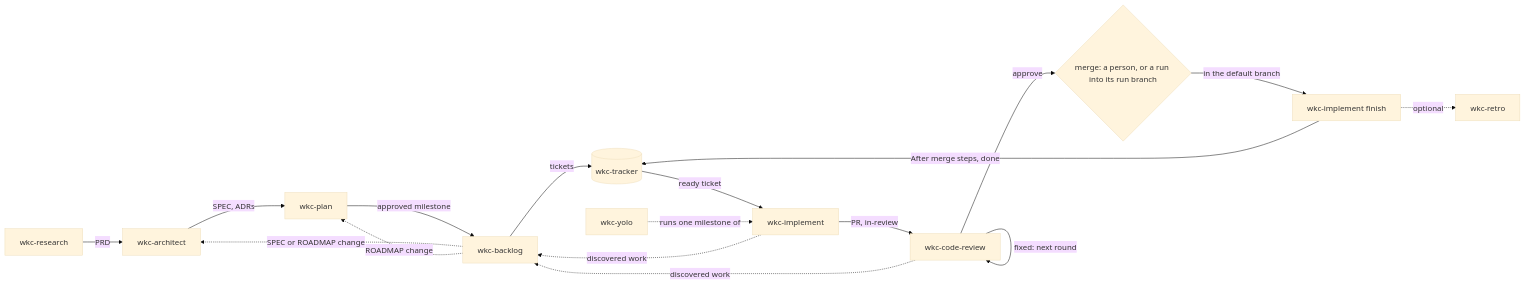
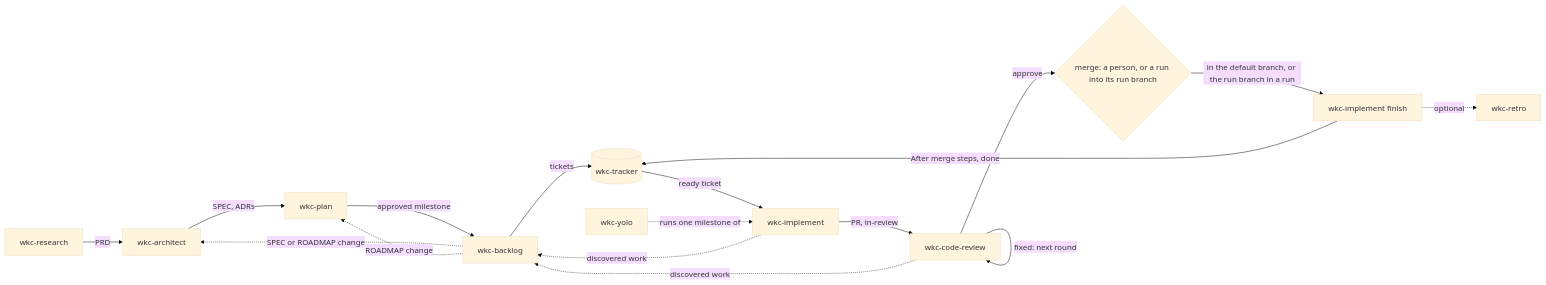
Before and after one commit to wilsonkichoi/skills: the diagram in docs/dev-agents/SPEC.md, drawn with Mermaid (base theme). The commit also changed other lines of this file and 6 other files, not shown here.

First line of the commit message:
docs: a run completes its tickets before the person's merge (PRD, SPEC, ROADMAP, ADR-008) (#79)

````diff
--- a/docs/dev-agents/SPEC.md
+++ b/docs/dev-agents/SPEC.md
@@ -24,19 +26,19 @@
 ```mermaid
 graph LR
   R[wkc-research] -->|PRD| A[wkc-architect]
   A -->|SPEC, ADRs| P[wkc-plan]
   P -->|approved milestone| B[wkc-backlog]
   B -->|tickets| T[(wkc-tracker)]
   T -->|ready ticket| I[wkc-implement]
   I -->|PR, in-review| C[wkc-code-review]
   C -->|fixed: next round| C
   C -->|approve| M{merge: a person, or a run into its run branch}
-  M -->|in the default branch| I2[wkc-implement finish]
+  M -->|in the default branch, or the run branch in a run| I2[wkc-implement finish]
   I2 -->|After merge steps, done| T
   I -.->|discovered work| B
   C -.->|discovered work| B
   I2 -.->|optional| X[wkc-retro]
   Y[wkc-yolo] -.->|runs one milestone of| I
   B -.->|SPEC or ROADMAP change| A
   B -.->|ROADMAP change| P
 ```
````
